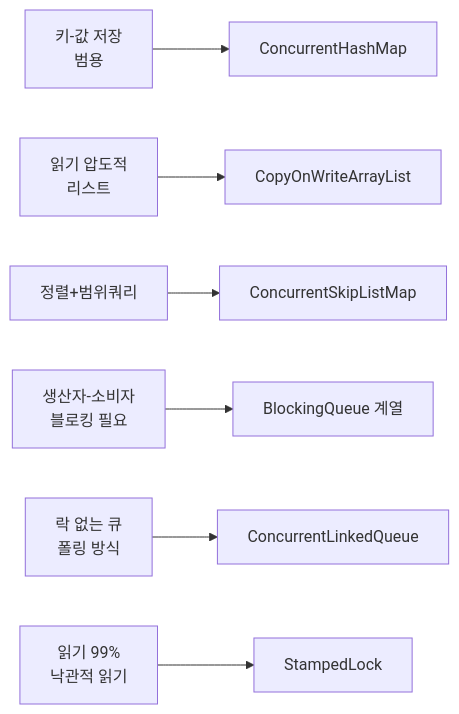
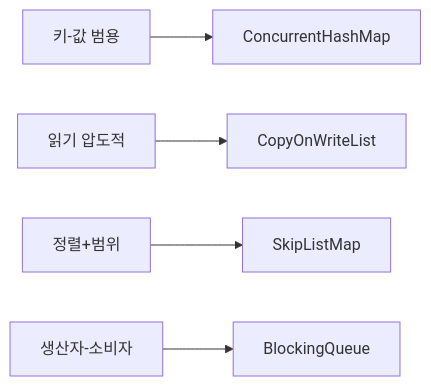
One commit to yjkim2015/yjkim2015.github.io changed the seventh of 7 diagrams in _posts/java/2026-05-12-java-concurrent-collections.md. Above: the diagram before and after it, drawn with Mermaid. The commit also changed other lines of this file and 245 other files, not shown here.

First line of the commit message:
Mermaid 다이어그램 전면 수정 + 면접 포인트 접기/펼치기 + DB 데드락 페이지

````diff
--- a/_posts/java/2026-05-12-java-concurrent-collections.md
+++ b/_posts/java/2026-05-12-java-concurrent-collections.md
@@ -1227,9 +1230,7 @@
 ```mermaid
 graph LR
-    Q1["키-값 저장\n범용"] --> CHM["ConcurrentHashMap"]
-    Q2["읽기 압도적\n리스트"] --> COW["CopyOnWriteArrayList"]
-    Q3["정렬+범위쿼리"] --> CSL["ConcurrentSkipListMap"]
-    Q4["생산자-소비자\n블로킹 필요"] --> BQ["BlockingQueue 계열"]
-    Q5["락 없는 큐\n폴링 방식"] --> CLQ["ConcurrentLinkedQueue"]
-    Q6["읽기 99%\n낙관적 읽기"] --> SL["StampedLock"]
+    A["키-값 범용"] --> B["ConcurrentHashMap"]
+    A2["읽기 압도적"] --> B2["CopyOnWriteList"]
+    A3["정렬+범위"] --> B3["SkipListMap"]
+    A4["생산자-소비자"] --> B4["BlockingQueue"]
 ```
````
